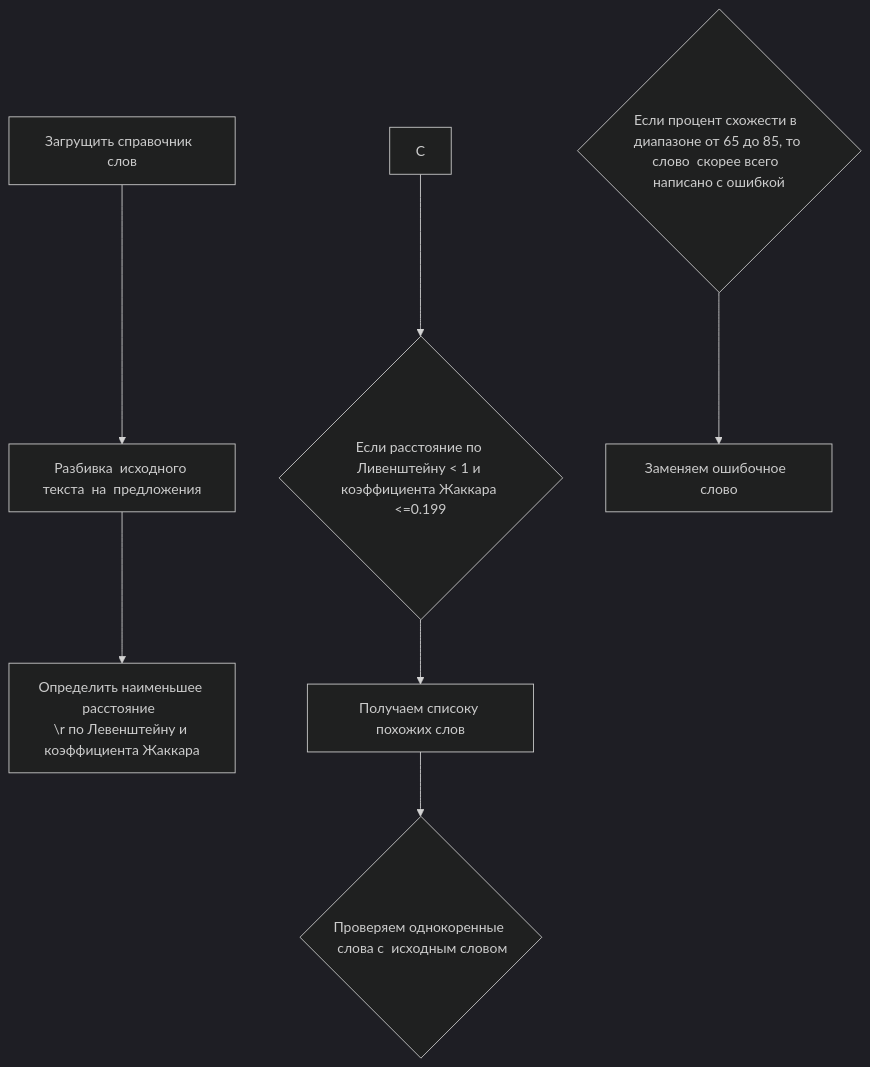
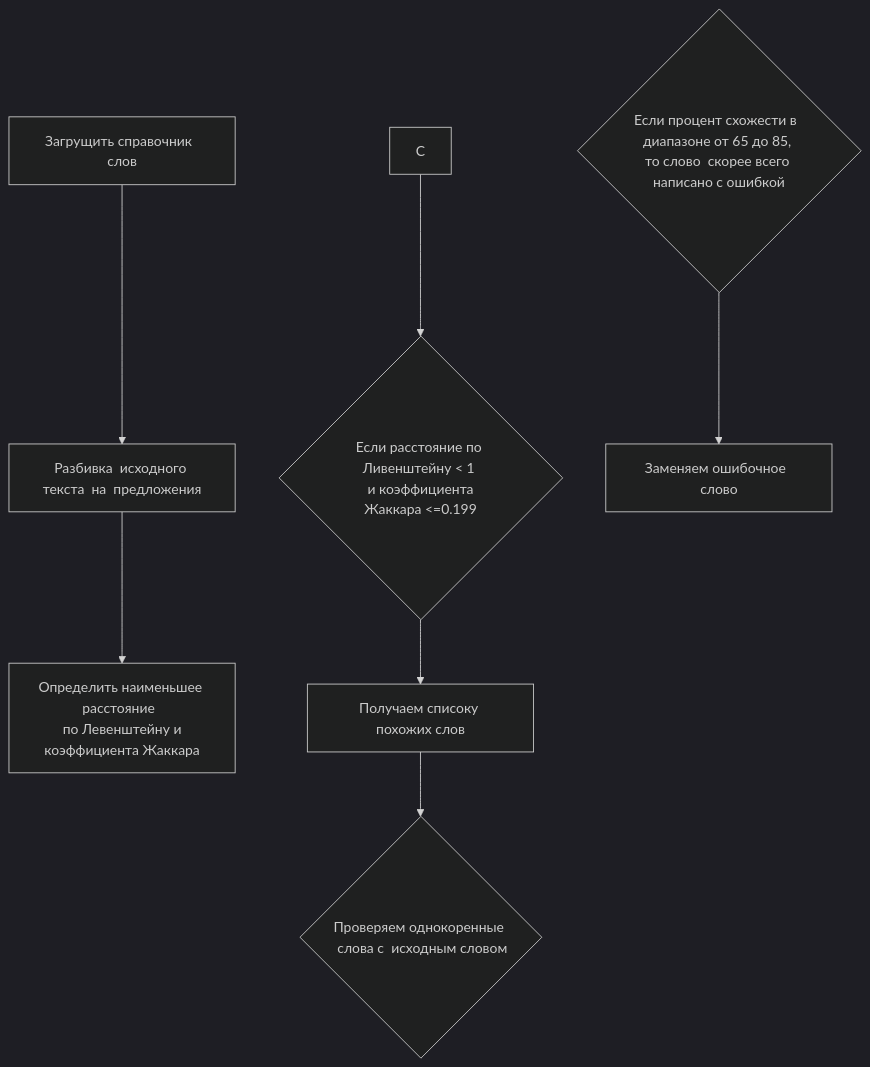
The diagram in README.MD (Barolina/search_spelling_errors), drawn with Mermaid (dark theme) before and after one commit.

````diff
--- a/README.MD
+++ b/README.MD
@@ -17,17 +17,17 @@
 ```mermaid
 flowchart TB
 	A[Загрущить справочник  слов]
-	B[Разбивка  исходного текста  на  предложения] --> С[Разбивка предложения  на слова]	
 	A --> B
-	С[Определить наименьшее расстояние  \n\r по Левенштейну и коэффициента Жаккара]
-	D{Если расстояние по Ливенштейну < 1 и коэффициента Жаккара <=0.199}
+	B[Разбивка  исходного текста  на  предложения] --> С[Разбивка предложения  на слова]		
+	С[Определить наименьшее расстояние  \n по Левенштейну и коэффициента Жаккара]
+	D{Если расстояние по Ливенштейну < 1 \n и коэффициента Жаккара <=0.199}
 	C --> D
 	D --> H[Получаем списоку похожих слов]
 	J{Проверяем однокоренные  слова с  исходным словом}
 	H --> J
-	K{Если процент схожести в  диапазоне от 65 до 85, то слово  скорее всего  написано с ошибкой}
+	K{Если процент схожести в  диапазоне от 65 до 85, \n то слово  скорее всего  написано с ошибкой}
 	L[Заменяем ошибочное  слово]
 	K --> L
 	
 
 ```
````
